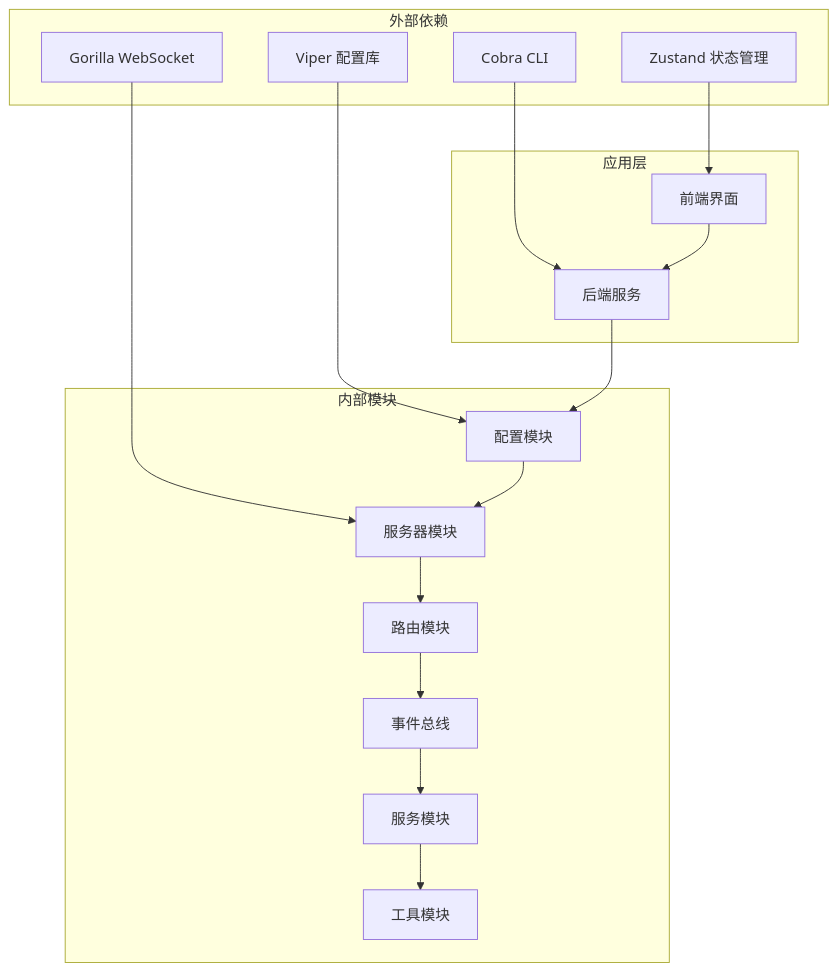
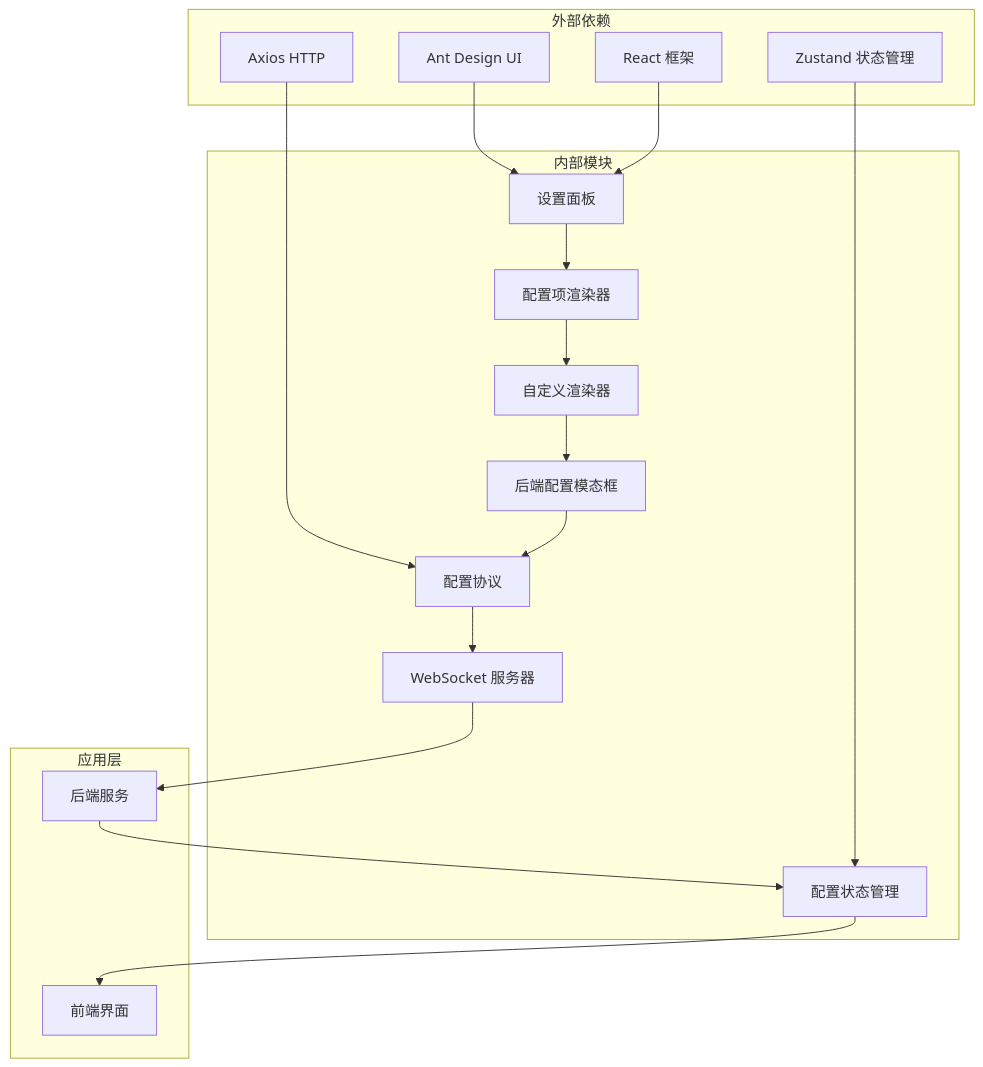
Before and after one commit to kqcoxn/MaaPipelineEditor: the ninth of 9 diagrams in .qoder/repowiki/zh/content/用户界面/面板系统/配置面板/本地服务配置区域.md, drawn with Mermaid. The commit also changed other lines of this file and 50 other files, not shown here.

````diff
--- a/.qoder/repowiki/zh/content/用户界面/面板系统/配置面板/本地服务配置区域.md
+++ b/.qoder/repowiki/zh/content/用户界面/面板系统/配置面板/本地服务配置区域.md
@@ -354,32 +377,34 @@
 ```mermaid
 graph TD
 subgraph "外部依赖"
-Viper[Viper 配置库]
-GorillaWS[Gorilla WebSocket]
-Cobra[Cobra CLI]
+Antd[Ant Design UI]
 Zustand[Zustand 状态管理]
+React[React 框架]
+Axios[Axios HTTP]
 end
 subgraph "内部模块"
-Config[配置模块]
-Server[服务器模块]
-Router[路由模块]
-EventBus[事件总线]
-Service[服务模块]
-Utils[工具模块]
+SettingsPanel[设置面板]
+ConfigItemRenderer[配置项渲染器]
+CustomRenderers[自定义渲染器]
+BackendConfigModal[后端配置模态框]
+ConfigProtocol[配置协议]
+LocalWebSocketServer[WebSocket 服务器]
+ConfigStore[配置状态管理]
 end
 subgraph "应用层"
 Frontend[前端界面]
 Backend[后端服务]
 end
-Viper --> Config
-GorillaWS --> Server
-Cobra --> Backend
-Zustand --> Frontend
-Config --> Server
-Server --> Router
-Router --> EventBus
-EventBus --> Service
-Service --> Utils
-Frontend --> Backend
-Backend --> Config
+Antd --> SettingsPanel
+Zustand --> ConfigStore
+React --> SettingsPanel
+Axios --> ConfigProtocol
+SettingsPanel --> ConfigItemRenderer
+ConfigItemRenderer --> CustomRenderers
+CustomRenderers --> BackendConfigModal
+BackendConfigModal --> ConfigProtocol
+ConfigProtocol --> LocalWebSocketServer
+LocalWebSocketServer --> Backend
+ConfigStore --> Frontend
+Backend --> ConfigStore
 ```
````
